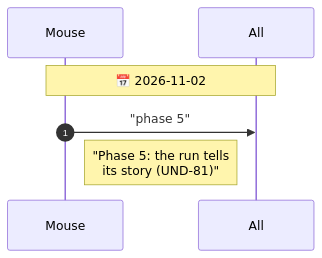
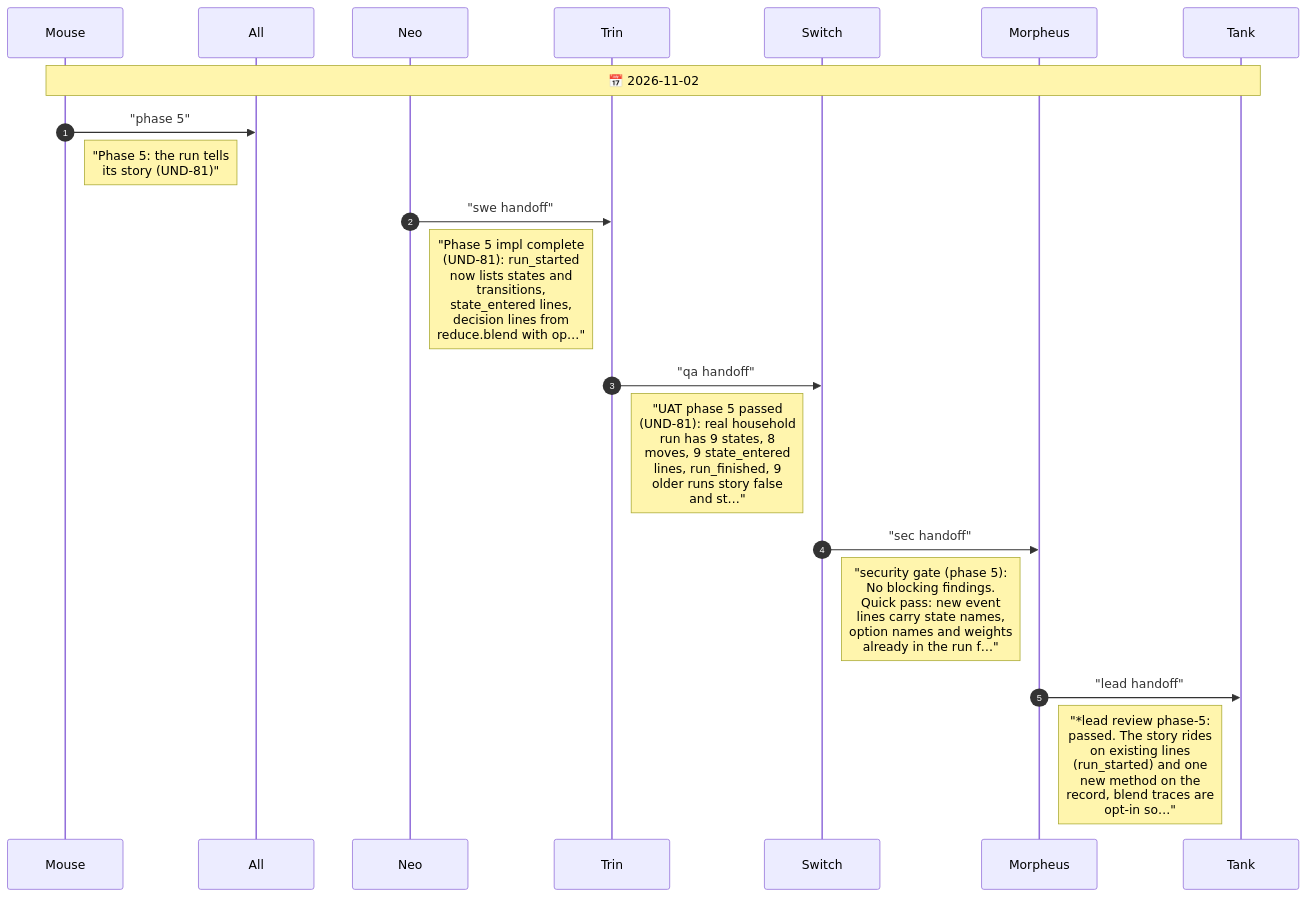
Before and after one commit to drusifer/understudy: the seventh of 7 diagrams in agents/CHAT.diagram.md, drawn with Mermaid. The commit also changed other lines of this file and 13 other files, not shown here.

First line of the commit message:
Phase 5: the run tells its story (UND-81)

````diff
--- a/agents/CHAT.diagram.md
+++ b/agents/CHAT.diagram.md
@@ -405,10 +405,23 @@
 ```mermaid
 %%{init: {"sequence": {"messageFontSize": 14, "noteFontSize": 18, "actorFontSize": 14}}}%%
 sequenceDiagram
     autonumber
     participant Mouse
     participant All
-    Note over Mouse,All: 📅 2026-11-02
+    participant Neo
+    participant Trin
+    participant Switch
+    participant Morpheus
+    participant Tank
+    Note over Mouse,Tank: 📅 2026-11-02
     Mouse->>All: "phase 5"
     Note right of Mouse: "Phase 5: the run tells<br/>its story (UND-81)"
+    Neo->>Trin: "swe handoff"
+    Note right of Neo: "Phase 5 impl complete<br/>(UND-81): run_started<br/>now lists states and<br/>transitions,<br/>state_entered lines,<br/>decision lines from<br/>reduce.blend with op…"
+    Trin->>Switch: "qa handoff"
+    Note right of Trin: "UAT phase 5 passed<br/>(UND-81): real household<br/>run has 9 states, 8<br/>moves, 9 state_entered<br/>lines, run_finished, 9<br/>older runs story false<br/>and st…"
+    Switch->>Morpheus: "sec handoff"
+    Note right of Switch: "security gate (phase 5):<br/>No blocking findings.<br/>Quick pass: new event<br/>lines carry state names,<br/>option names and weights<br/>already in the run f…"
+    Morpheus->>Tank: "lead handoff"
+    Note right of Morpheus: "*lead review phase-5:<br/>passed. The story rides<br/>on existing lines<br/>(run_started) and one<br/>new method on the<br/>record, blend traces are<br/>opt-in so…"
 ```
````
